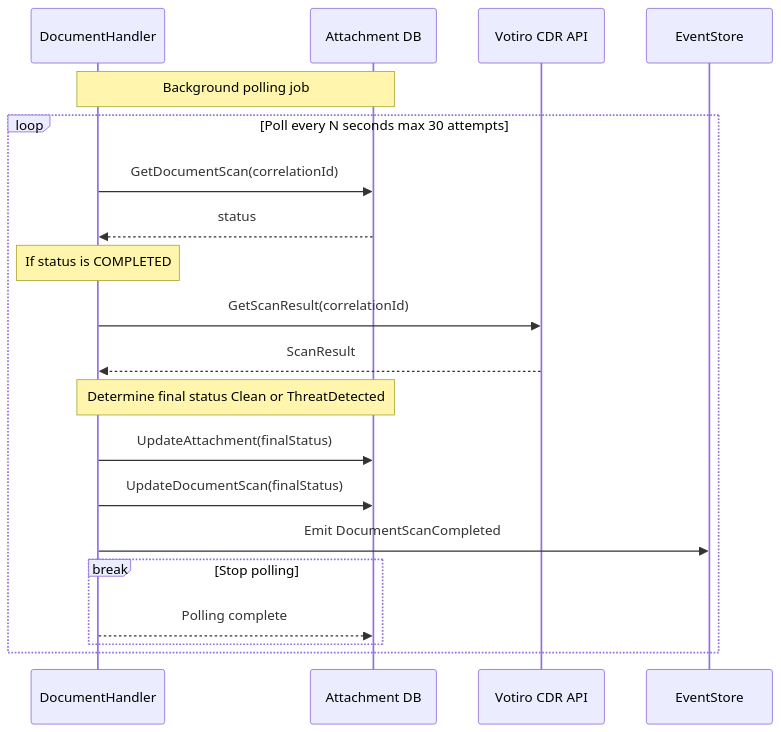
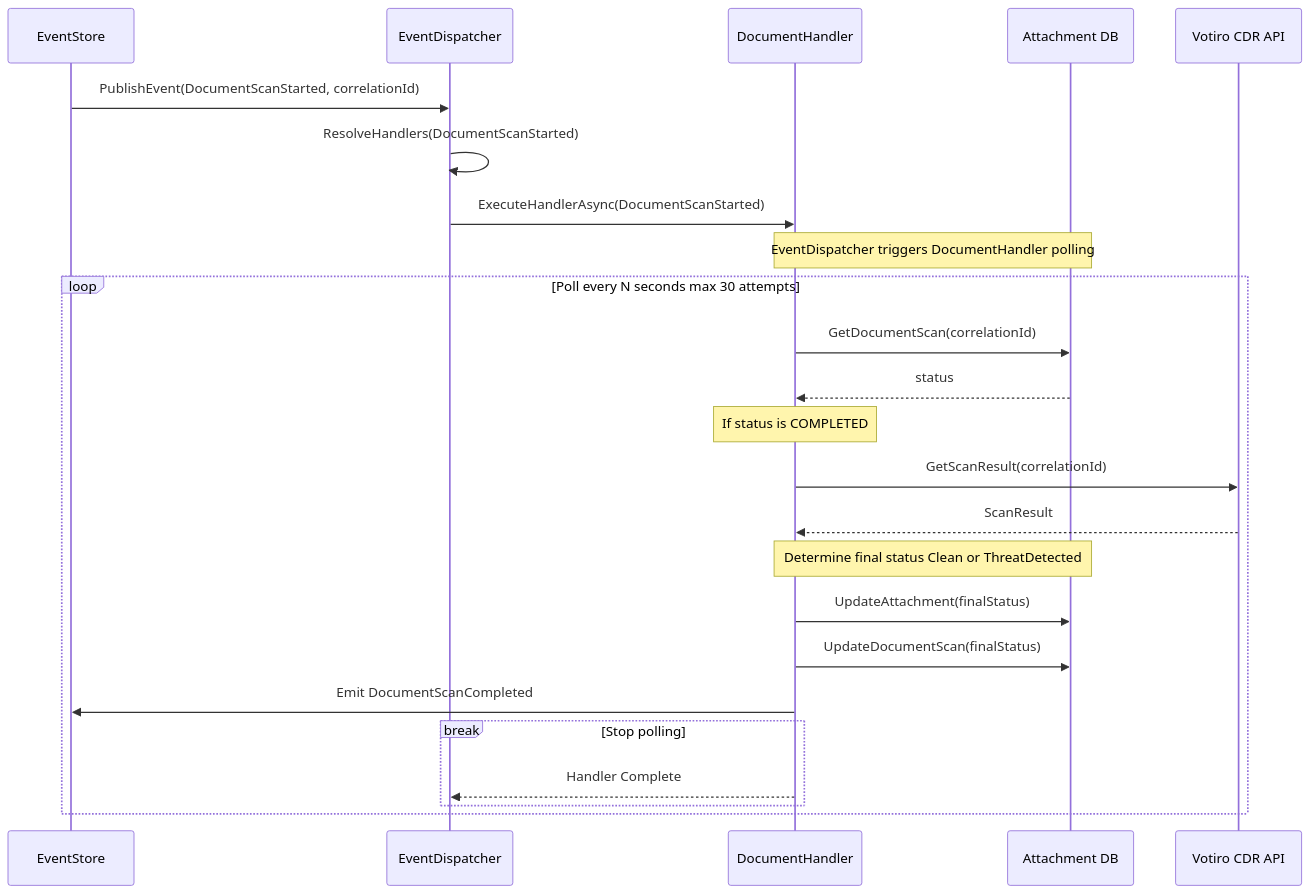
One commit to arup-ghosh-maersk/cia-lld changed the sixth of 7 diagrams in asset-management/diagrams/02_Sequence_Diagrams.md. Above: the diagram before and after it, drawn with Mermaid.

````diff
--- a/asset-management/diagrams/02_Sequence_Diagrams.md
+++ b/asset-management/diagrams/02_Sequence_Diagrams.md
@@ -202,27 +202,32 @@
 ```mermaid
 sequenceDiagram
+    participant ES as EventStore
+    participant ED as EventDispatcher
     participant DH as DocumentHandler
     participant DB as Attachment DB
     participant VOTIRO as Votiro CDR API
-    participant ES as EventStore
 
-    Note over DH,DB: Background polling job
+    ES->>ED: PublishEvent(DocumentScanStarted, correlationId)
+    ED->>ED: ResolveHandlers(DocumentScanStarted)
+    ED->>DH: ExecuteHandlerAsync(DocumentScanStarted)
+
+    Note over DH,DB: EventDispatcher triggers DocumentHandler polling
 
     loop Poll every N seconds max 30 attempts
         DH->>DB: GetDocumentScan(correlationId)
         DB-->>DH: status
 
         Note over DH: If status is COMPLETED
         DH->>VOTIRO: GetScanResult(correlationId)
         VOTIRO-->>DH: ScanResult
 
         Note over DH,DB: Determine final status Clean or ThreatDetected
         DH->>DB: UpdateAttachment(finalStatus)
         DH->>DB: UpdateDocumentScan(finalStatus)
 
         DH->>ES: Emit DocumentScanCompleted
         break Stop polling
-            DH-->>DB: Polling complete
+            DH-->>ED: Handler Complete
         end
     end
 ```
````
